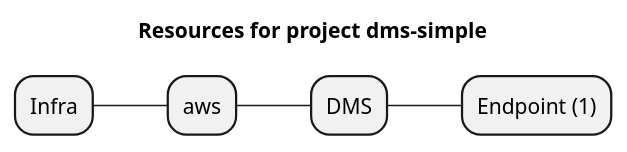
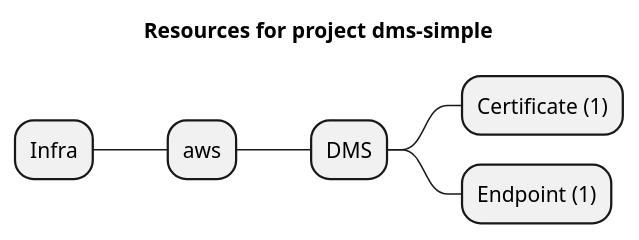
One commit to grucloud/grucloud changed the diagram in examples/aws/DMS/dms-simple/artifacts/resources-mindmap.puml. Above: the diagram before and after it, drawn with PlantUML. The commit also changed 8 other files, not shown here.

```diff
--- a/examples/aws/DMS/dms-simple/artifacts/resources-mindmap.puml
+++ b/examples/aws/DMS/dms-simple/artifacts/resources-mindmap.puml
@@ -1,8 +1,9 @@
 @startmindmap
 title Resources for project dms-simple
 skinparam monochrome true
 + Infra
 ++ aws
 +++ DMS
+++++ Certificate (1)
 ++++ Endpoint (1)
 @endmindmap
```
